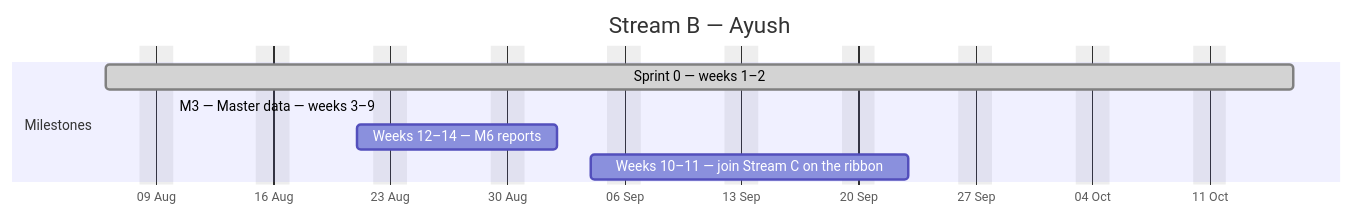
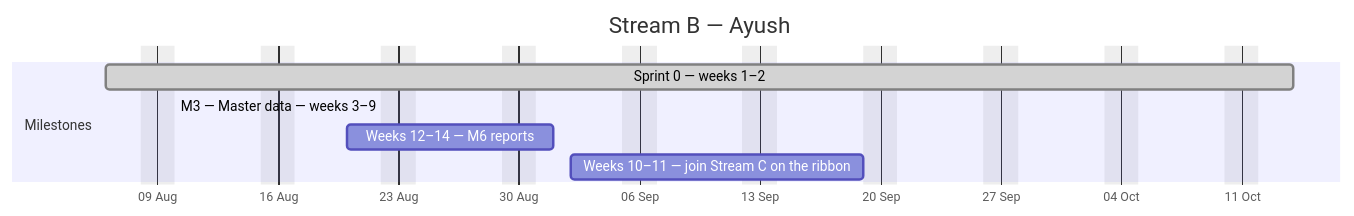
One commit to debashisedunext/EduTrack changed the second of 4 diagrams in docs/plan/GANTT.md. Above: the diagram before and after it, drawn with Mermaid. The commit also changed other lines of this file and 3 other files, not shown here.

````diff
--- a/docs/plan/GANTT.md
+++ b/docs/plan/GANTT.md
@@ -121,12 +118,12 @@
 ```mermaid
 gantt
     dateFormat YYYY-MM-DD
     axisFormat %d %b
     title Stream B — Ayush
     excludes weekends
     section Milestones
-    Sprint 0 — weeks 1–2 :done, b0, 2026-08-06, 51d
+    Sprint 0 — weeks 1–2 :done, b0, 2026-08-06, 49d
     M3 — Master data — weeks 3–9 :active, b1, 2026-08-10, -21d
-    Weeks 12–14 — M6 reports :b2, 2026-08-21, 8d
-    Weeks 10–11 — join Stream C on the ribbon :b3, 2026-09-04, 13d
+    Weeks 12–14 — M6 reports :b2, 2026-08-20, 8d
+    Weeks 10–11 — join Stream C on the ribbon :b3, 2026-09-02, 13d
 ```
````
